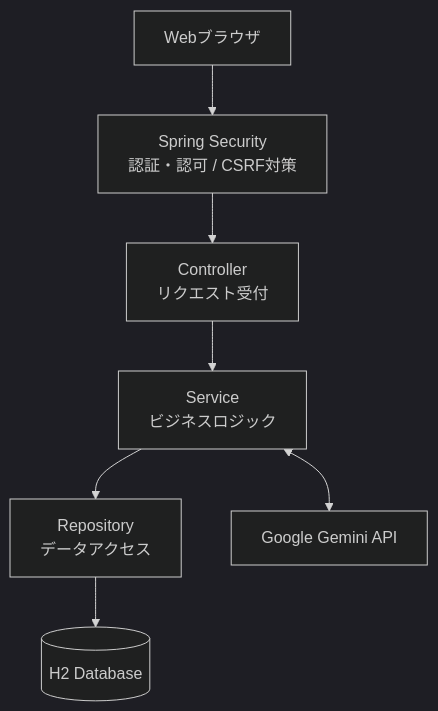
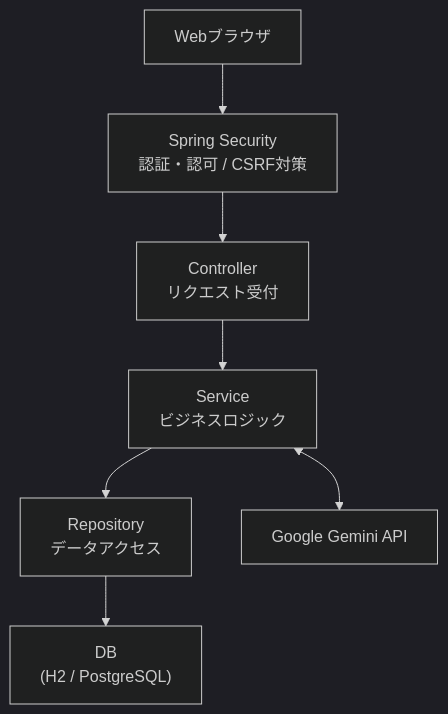
Before and after one commit to sa2000-2/extensive-reading-manager: the second of 3 diagrams in README.md, drawn with Mermaid (dark theme). The commit also changed other lines of this file, not shown here.

````diff
--- a/README.md
+++ b/README.md
@@ -194,19 +216,19 @@
 ```mermaid
 graph TD
     Browser["Webブラウザ"]
     Security["Spring Security<br>認証・認可 / CSRF対策"]
     Controller["Controller<br>リクエスト受付"]
     Service["Service<br>ビジネスロジック"]
     Repository["Repository<br>データアクセス"]
-    DB[("H2 Database")]
+    DB["DB<br>(H2 / PostgreSQL)"]
     Gemini["Google Gemini API"]
 
     Browser --> Security
     Security --> Controller
 
     Controller --> Service
     Service --> Repository
     Repository --> DB
 
     Service <--> Gemini
 ```
````
